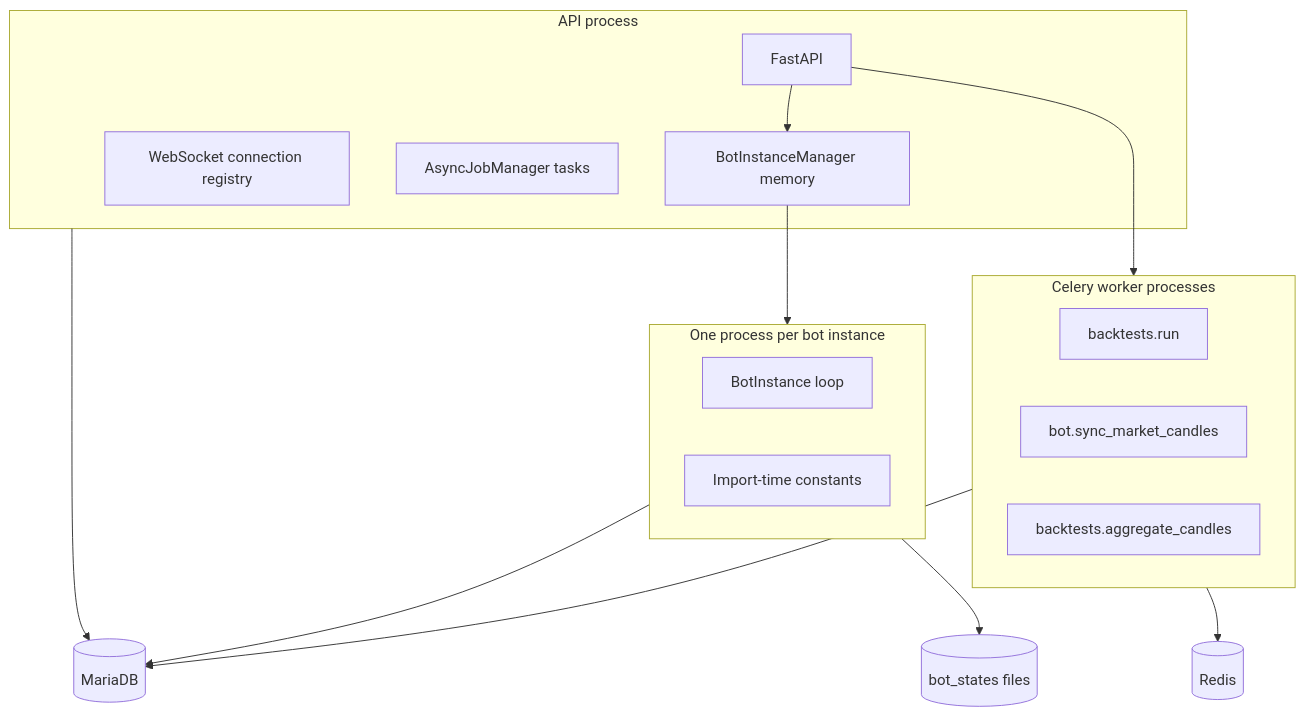
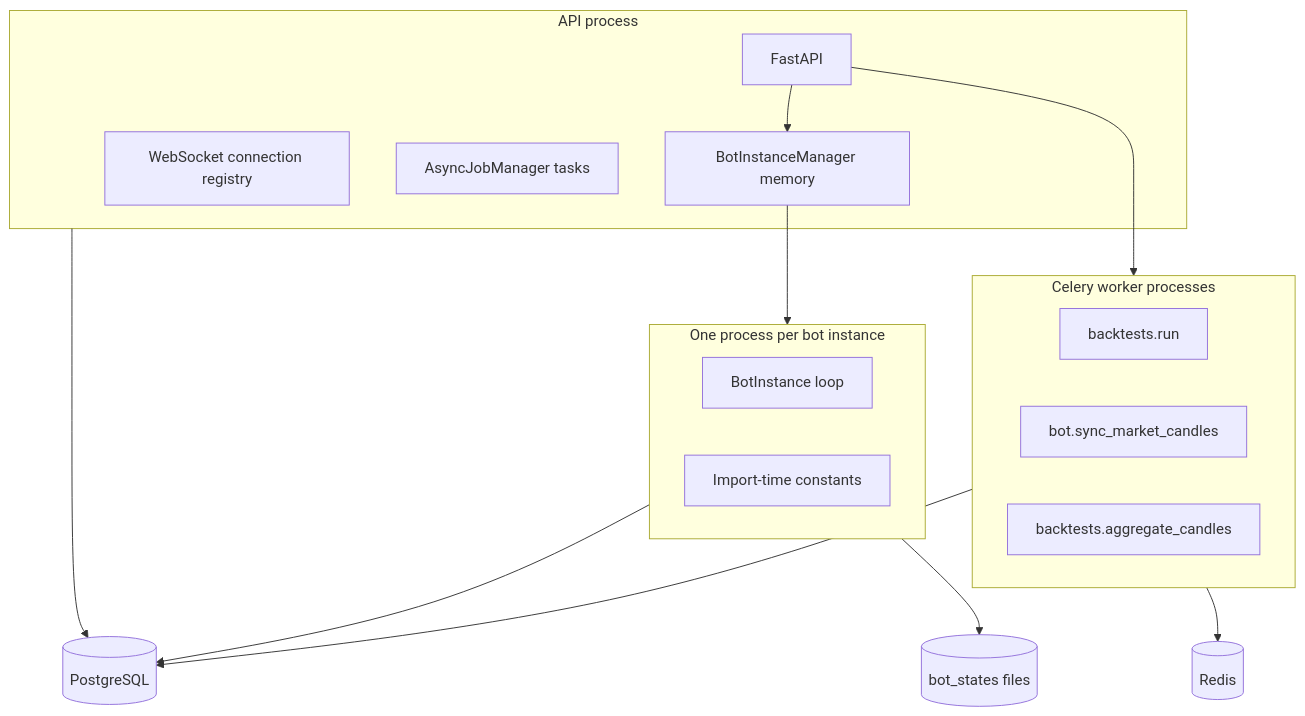
One commit to cploutarchou/dydx-trading-bot changed the diagram in bot/flows/project-structure.md. Above: the diagram before and after it, drawn with Mermaid. The commit also changed other lines of this file and 194 other files, not shown here.

````diff
--- a/bot/flows/project-structure.md
+++ b/bot/flows/project-structure.md
@@ -60,25 +60,25 @@
 ```mermaid
 flowchart TB
   subgraph APIProcess[API process]
     FastAPI
     Manager[BotInstanceManager memory]
     WS[WebSocket connection registry]
     Async[AsyncJobManager tasks]
   end
   subgraph BotProcess[One process per bot instance]
     Instance[BotInstance loop]
     Constants[Import-time constants]
   end
   subgraph CeleryProcess[Celery worker processes]
     BT[backtests.run]
     Sync[bot.sync_market_candles]
     Agg[backtests.aggregate_candles]
   end
   FastAPI --> Manager --> BotProcess
   FastAPI --> CeleryProcess
-  APIProcess --> DB[(MariaDB)]
+  APIProcess --> DB[(PostgreSQL)]
   BotProcess --> DB
   CeleryProcess --> DB
   CeleryProcess --> Redis[(Redis)]
   BotProcess --> State[(bot_states files)]
 ```
````
